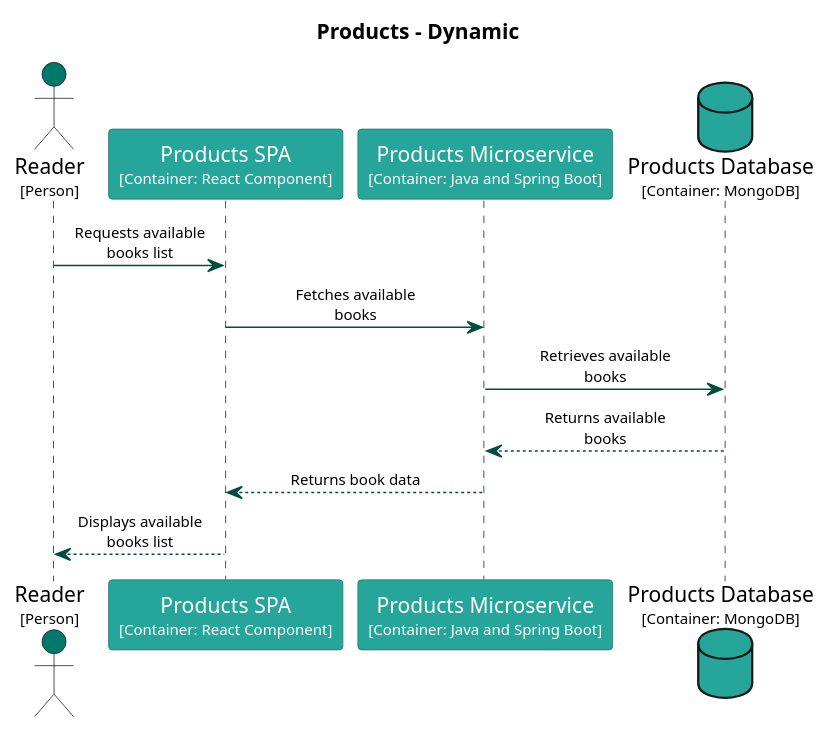
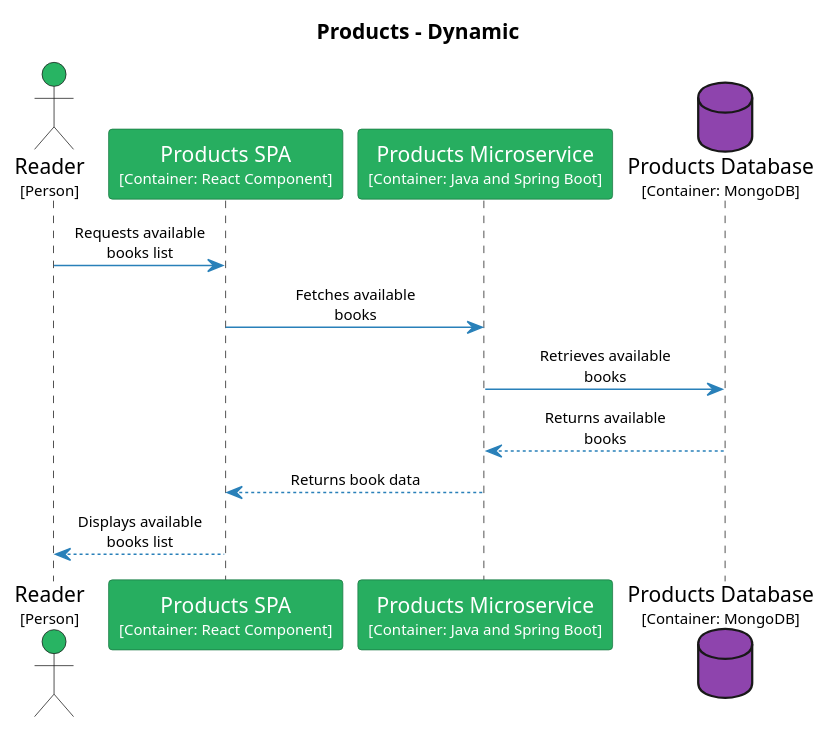
One commit to Goodmorning918/E-Library-Architecture changed the diagram in main/puml/present-available-books.puml. Above: the diagram before and after it, drawn with PlantUML. The commit also changed 169 other files, not shown here.

Commit message:
Deploying to gh-pages from @ Goodmorning918/E-Library-Architecture@5575a2e2585bacf25a31136d9ee4edd99183c80b 🚀

```diff
--- a/main/puml/present-available-books.puml
+++ b/main/puml/present-available-books.puml
@@ -1,49 +1,49 @@
 @startuml
 set separator none
 title Products - Dynamic
 
 skinparam {
   arrowFontSize 10
   defaultTextAlignment center
   wrapWidth 200
   maxMessageSize 100
 }
 
 hide stereotype
 
 skinparam sequenceParticipant<<Products.ProductsDatabase>> {
-  BackgroundColor #26a69a
+  BackgroundColor #8e44ad
   FontColor #ffffff
-  BorderColor #1a746b
+  BorderColor #632f79
   shadowing false
 }
 skinparam sequenceParticipant<<Products.ProductsMicroservice>> {
-  BackgroundColor #26a69a
+  BackgroundColor #27ae60
   FontColor #ffffff
-  BorderColor #1a746b
+  BorderColor #1b7943
   shadowing false
 }
 skinparam sequenceParticipant<<Products.ProductsSPA>> {
-  BackgroundColor #26a69a
+  BackgroundColor #27ae60
   FontColor #ffffff
-  BorderColor #1a746b
+  BorderColor #1b7943
   shadowing false
 }
 skinparam sequenceParticipant<<Reader>> {
-  BackgroundColor #00796b
+  BackgroundColor #28b463
   FontColor #ffffff
-  BorderColor #00544a
+  BorderColor #1c7d45
   shadowing false
 }
 
-actor "Reader\n<size:10>[Person]</size>" as Reader <<Reader>> #00796b
-participant "Products SPA\n<size:10>[Container: React Component]</size>" as Products.ProductsSPA <<Products.ProductsSPA>> #26a69a
-participant "Products Microservice\n<size:10>[Container: Java and Spring Boot]</size>" as Products.ProductsMicroservice <<Products.ProductsMicroservice>> #26a69a
-database "Products Database\n<size:10>[Container: MongoDB]</size>" as Products.ProductsDatabase <<Products.ProductsDatabase>> #26a69a
-Reader -[#004d40]> Products.ProductsSPA : Requests available books list
-Products.ProductsSPA -[#004d40]> Products.ProductsMicroservice : Fetches available books
-Products.ProductsMicroservice -[#004d40]> Products.ProductsDatabase : Retrieves available books
-Products.ProductsMicroservice <-[#004d40]- Products.ProductsDatabase : Returns available books
-Products.ProductsSPA <-[#004d40]- Products.ProductsMicroservice : Returns book data
-Reader <-[#004d40]- Products.ProductsSPA : Displays available books list
+actor "Reader\n<size:10>[Person]</size>" as Reader <<Reader>> #28b463
+participant "Products SPA\n<size:10>[Container: React Component]</size>" as Products.ProductsSPA <<Products.ProductsSPA>> #27ae60
+participant "Products Microservice\n<size:10>[Container: Java and Spring Boot]</size>" as Products.ProductsMicroservice <<Products.ProductsMicroservice>> #27ae60
+database "Products Database\n<size:10>[Container: MongoDB]</size>" as Products.ProductsDatabase <<Products.ProductsDatabase>> #8e44ad
+Reader -[#2980b9]> Products.ProductsSPA : Requests available books list
+Products.ProductsSPA -[#2980b9]> Products.ProductsMicroservice : Fetches available books
+Products.ProductsMicroservice -[#2980b9]> Products.ProductsDatabase : Retrieves available books
+Products.ProductsMicroservice <-[#2980b9]- Products.ProductsDatabase : Returns available books
+Products.ProductsSPA <-[#2980b9]- Products.ProductsMicroservice : Returns book data
+Reader <-[#2980b9]- Products.ProductsSPA : Displays available books list
 @enduml
```
